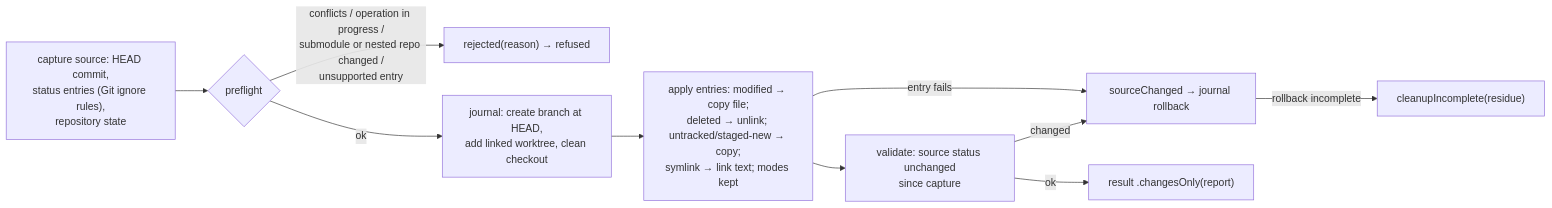
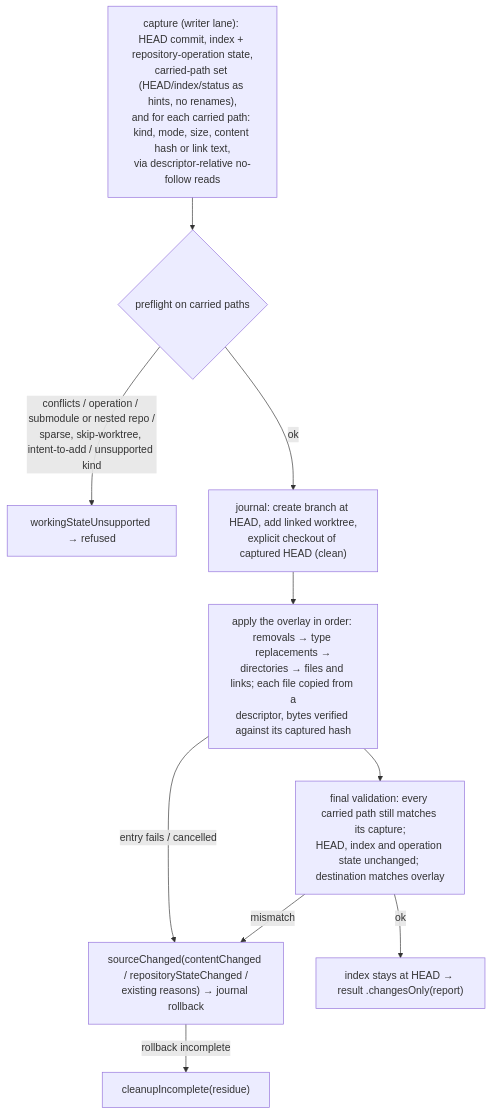
Before and after one commit to getagentstudio/agentstudio: the seventh of 8 diagrams in docs/specs/2026-09-30-worktree-lifecycle/2026-09-30-worktree-lifecycle-program-design.md, drawn with Mermaid. The commit also changed other lines of this file and 2 other files, not shown here.

Commit message:
Correct the worktree lifecycle design after review round 1

````diff
--- a/docs/specs/2026-09-30-worktree-lifecycle/2026-09-30-worktree-lifecycle-program-design.md
+++ b/docs/specs/2026-09-30-worktree-lifecycle/2026-09-30-worktree-lifecycle-program-design.md
@@ -296,12 +382,12 @@
 ```mermaid
-flowchart LR
-  A["capture source: HEAD commit,<br/>status entries (Git ignore rules),<br/>repository state"] --> B{"preflight"}
-  B -->|conflicts / operation in progress /<br/>submodule or nested repo changed /<br/>unsupported entry| RJ["rejected(reason) → refused"]
-  B -->|ok| C["journal: create branch at HEAD,<br/>add linked worktree, clean checkout"]
-  C --> D["apply entries: modified → copy file;<br/>deleted → unlink; untracked/staged-new → copy;<br/>symlink → link text; modes kept"]
-  D --> E["validate: source status unchanged<br/>since capture"]
-  E -->|changed| F["sourceChanged → journal rollback"]
-  E -->|ok| G["result .changesOnly(report)"]
-  D -->|entry fails| F
+flowchart TB
+  A["capture (writer lane): HEAD commit, index + repository-operation state,<br/>carried-path set (HEAD/index/status as hints, no renames),<br/>and for each carried path: kind, mode, size, content hash or link text,<br/>via descriptor-relative no-follow reads"] --> B{"preflight on carried paths"}
+  B -->|conflicts / operation / submodule or nested repo /<br/>sparse, skip-worktree, intent-to-add / unsupported kind| RJ["workingStateUnsupported → refused"]
+  B -->|ok| C["journal: create branch at HEAD, add linked worktree,<br/>explicit checkout of captured HEAD (clean)"]
+  C --> D["apply the overlay in order: removals → type replacements →<br/>directories → files and links; each file copied from a<br/>descriptor, bytes verified against its captured hash"]
+  D --> E["final validation: every carried path still matches its capture;<br/>HEAD, index and operation state unchanged; destination matches overlay"]
+  E -->|mismatch| F["sourceChanged(contentChanged / repositoryStateChanged /<br/>existing reasons) → journal rollback"]
+  E -->|ok| G["index stays at HEAD → result .changesOnly(report)"]
+  D -->|entry fails / cancelled| F
   F -->|rollback incomplete| H["cleanupIncomplete(residue)"]
 ```
````
